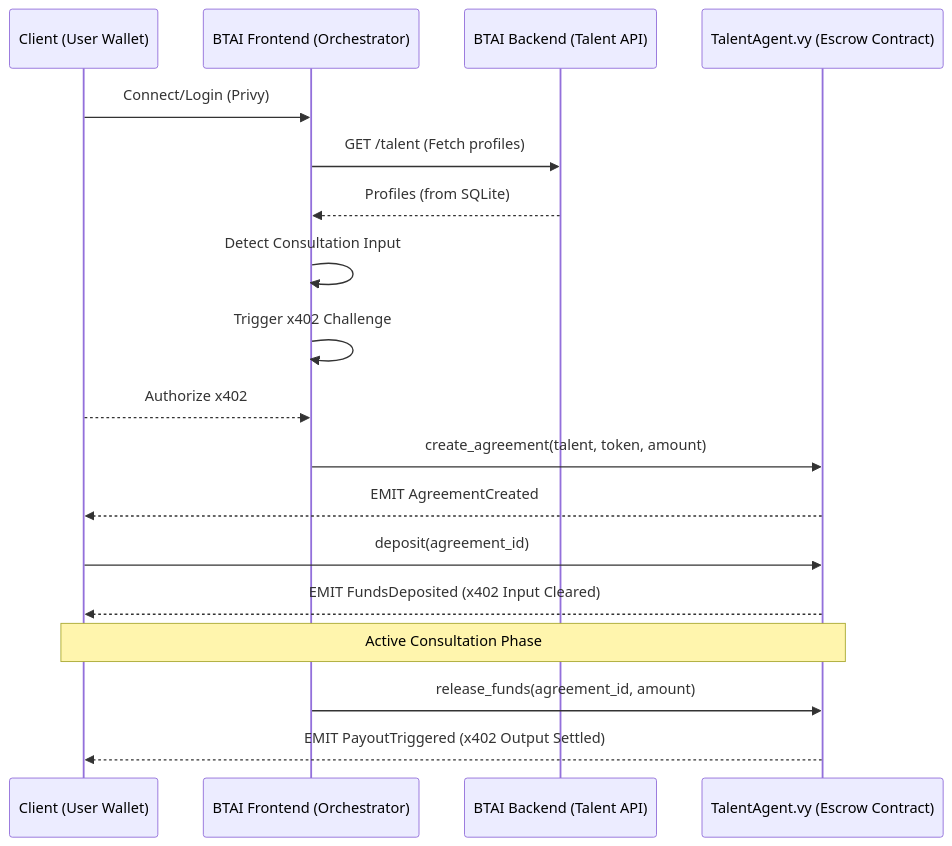
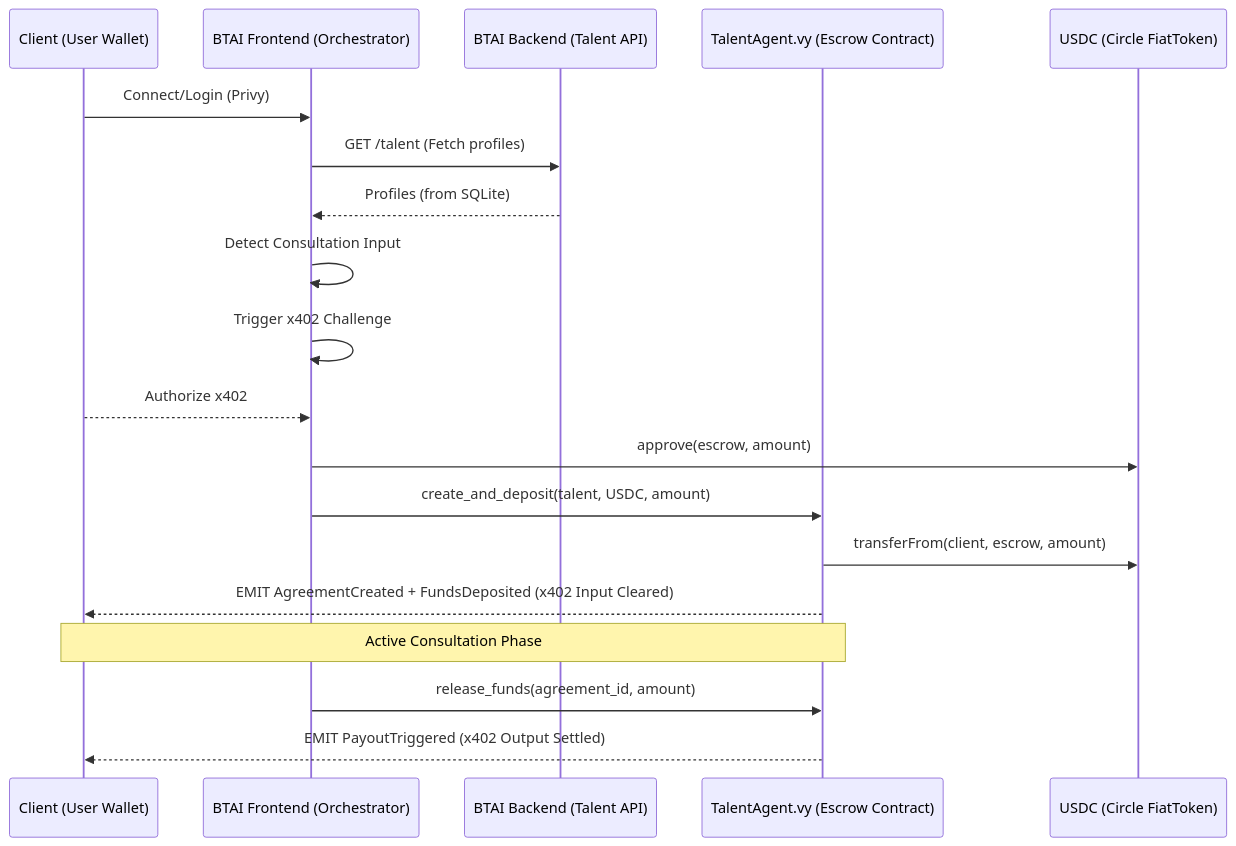
The diagram in README.md (BOLTEVM/BTAI), drawn with Mermaid before and after one commit. The commit also changed other lines of this file and 54 other files, not shown here.

````diff
--- a/README.md
+++ b/README.md
@@ -31,26 +31,26 @@
 ```mermaid
 sequenceDiagram
     participant Client as Client (User Wallet)
     participant Frontend as BTAI Frontend (Orchestrator)
     participant Backend as BTAI Backend (Talent API)
     participant Contract as TalentAgent.vy (Escrow Contract)
+    participant USDC as USDC (Circle FiatToken)
 
     Client->>Frontend: Connect/Login (Privy)
     Frontend->>Backend: GET /talent (Fetch profiles)
     Backend-->>Frontend: Profiles (from SQLite)
     
     Frontend->>Frontend: Detect Consultation Input
     Frontend->>Frontend: Trigger x402 Challenge
     
     Client-->>Frontend: Authorize x402
-    Frontend->>Contract: create_agreement(talent, token, amount)
-    Contract-->>Client: EMIT AgreementCreated
-    
-    Client->>Contract: deposit(agreement_id)
-    Contract-->>Client: EMIT FundsDeposited (x402 Input Cleared)
+    Frontend->>USDC: approve(escrow, amount)
+    Frontend->>Contract: create_and_deposit(talent, USDC, amount)
+    Contract->>USDC: transferFrom(client, escrow, amount)
+    Contract-->>Client: EMIT AgreementCreated + FundsDeposited (x402 Input Cleared)
     
     Note over Client,Contract: Active Consultation Phase
     
     Frontend->>Contract: release_funds(agreement_id, amount)
     Contract-->>Client: EMIT PayoutTriggered (x402 Output Settled)
 ```
````
